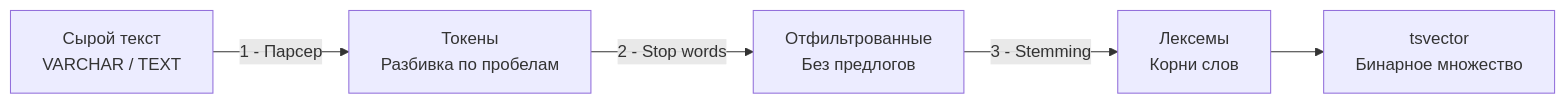
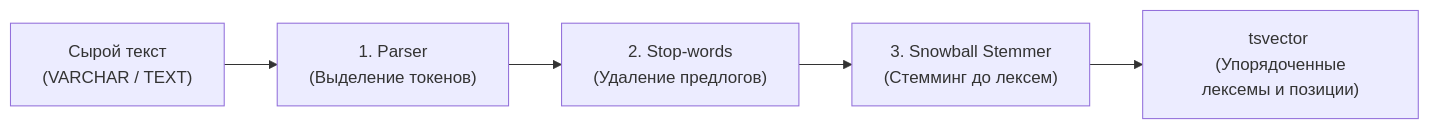
The first of 2 diagrams in sources/12. Базы данных/06. PostgreSQL/6. Full Text Search.md (UnrealTemplier/go-textbook), drawn with Mermaid before and after one commit. The commit also changed other lines of this file, not shown here.

````diff
--- a/sources/12. Базы данных/06. PostgreSQL/6. Full Text Search.md
+++ b/sources/12. Базы данных/06. PostgreSQL/6. Full Text Search.md
@@ -31,7 +37,7 @@
 ```mermaid
 flowchart LR
-    Text["Сырой текст<br>VARCHAR / TEXT"] -->|1 - Парсер| Tokens["Токены<br>Разбивка по пробелам"]
-    Tokens -->|2 - Stop words| Filtered["Отфильтрованные<br>Без предлогов"]
-    Filtered -->|3 - Stemming| Lexemes["Лексемы<br>Корни слов"]
-    Lexemes --> TSV["tsvector<br>Бинарное множество"]
+    Raw["Сырой текст <br> (VARCHAR / TEXT)"] --> Parser["1. Parser <br> (Выделение токенов)"]
+    Parser --> StopWords["2. Stop-words <br> (Удаление предлогов)"]
+    StopWords --> Stemmer["3. Snowball Stemmer <br> (Стемминг до лексем)"]
+    Stemmer --> TSV["tsvector <br> (Упорядоченные лексемы и позиции)"]
 ```
````
